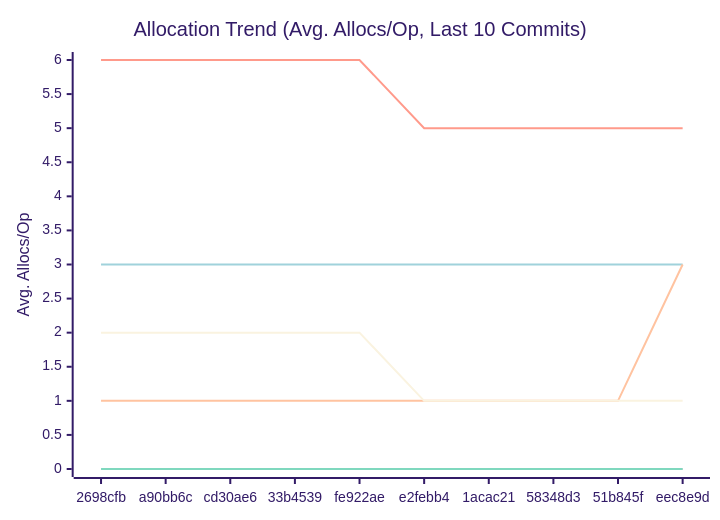
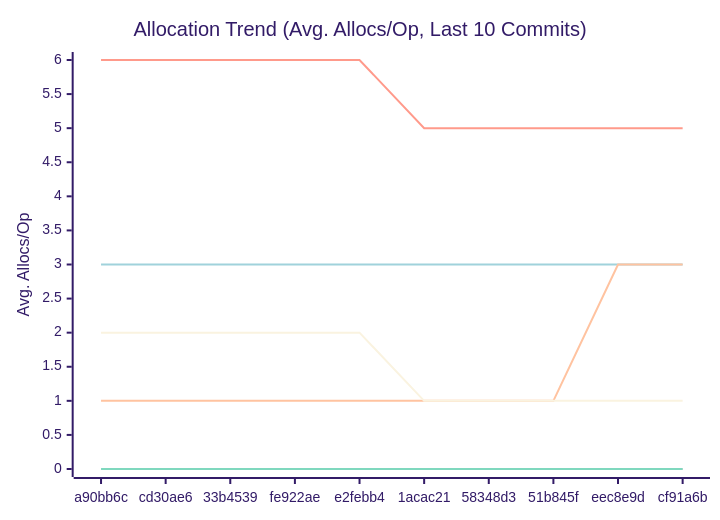
The third of 3 diagrams in docs/PERFORMANCE.md (alsotoes/momo), drawn with Mermaid (forest theme) before and after one commit. The commit also changed other lines of this file and 2 other files, not shown here.

First line of the commit message:
fix: add tls_insecure=true to e2e QUIC test config (#152)

````diff
--- a/docs/PERFORMANCE.md
+++ b/docs/PERFORMANCE.md
@@ -116,16 +114,16 @@
 ```mermaid
 xychart-beta
     title "Allocation Trend (Avg. Allocs/Op, Last 10 Commits)"
     x-axis "Commit"
     y-axis "Avg. Allocs/Op"
-    x-axis [2698cfb,a90bb6c,cd30ae6,33b4539,fe922ae,e2febb4,1acac21,58348d3,51b845f,eec8e9d]
+    x-axis [a90bb6c,cd30ae6,33b4539,fe922ae,e2febb4,1acac21,58348d3,51b845f,eec8e9d,cf91a6b]
     line "CheckMetricsAndSwap" [0,0,0,0,0,0,0,0,0,0]
     line "CrushOptimized" [0,0,0,0,0,0,0,0,0,0]
     line "CrushOriginal" [3,3,3,3,3,3,3,3,3,3]
     line "IndexDirectTracking" [0,0,0,0,0,0,0,0,0,0]
     line "IndexSearch" [0,0,0,0,0,0,0,0,0,0]
-    line "LoadGlobalConfig" [1,1,1,1,1,1,1,1,1,3]
+    line "LoadGlobalConfig" [1,1,1,1,1,1,1,1,3,3]
     line "PadString" [0,0,0,0,0,0,0,0,0,0]
     line "ParseReplicationOrder_NoPrealloc" [6,6,6,6,6,5,5,5,5,5]
     line "ParseReplicationOrder_Prealloc" [2,2,2,2,2,1,1,1,1,1]
 ```
````
